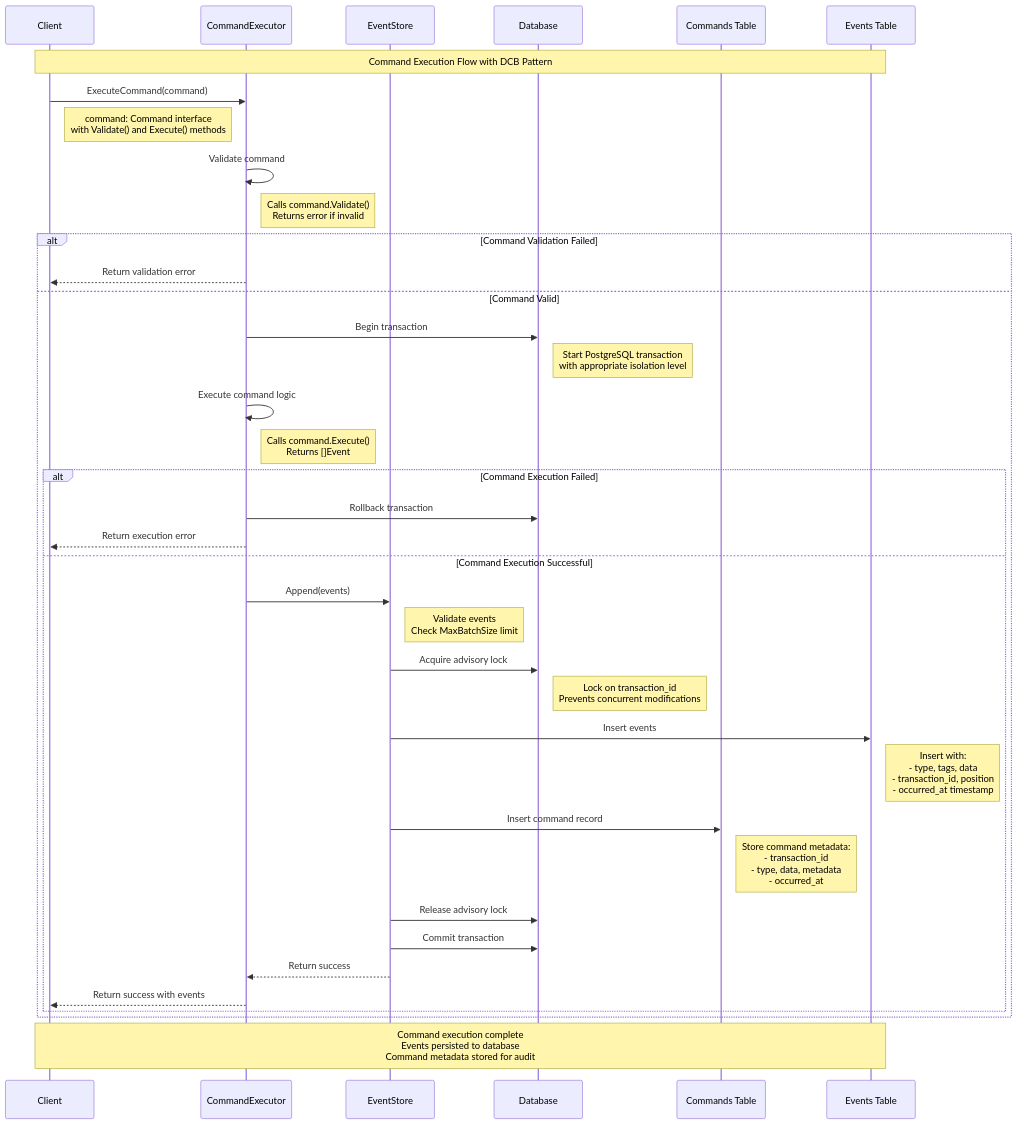
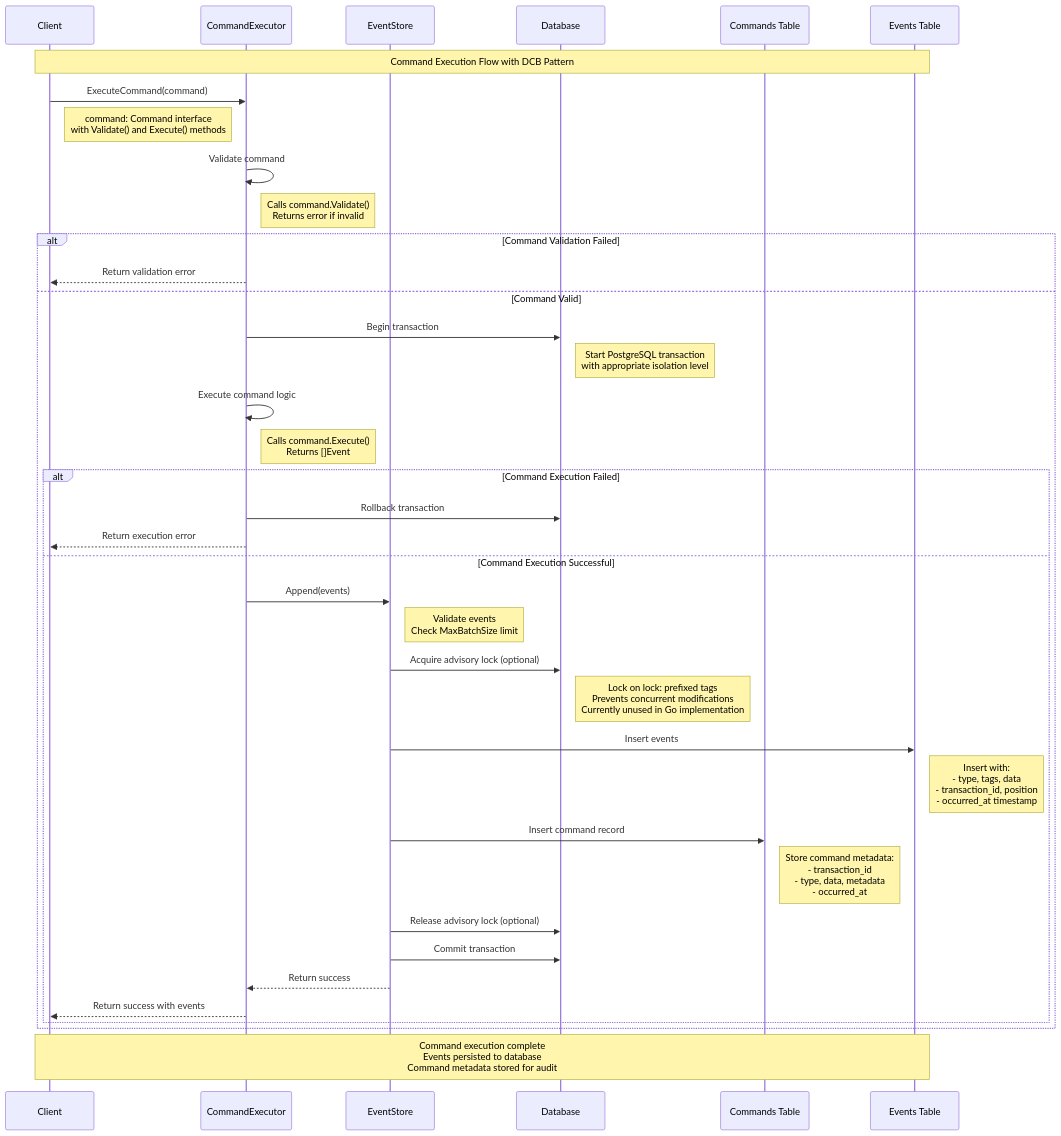
Before and after one commit to rodolfodpk/go-crablet: the diagram in docs/command-execution-flow.md, drawn with Mermaid. The commit also changed other lines of this file and 4 other files, not shown here.

First line of the commit message:
docs: clarify optimistic locking as primary mechanism and advisory locks as optional

````diff
--- a/docs/command-execution-flow.md
+++ b/docs/command-execution-flow.md
@@ -7,52 +7,52 @@
 ```mermaid
 sequenceDiagram
     participant Client
     participant CommandExecutor
     participant EventStore
     participant Database
     participant Commands Table
     participant Events Table
 
     Note over Client, Events Table: Command Execution Flow with DCB Pattern
 
     Client->>CommandExecutor: ExecuteCommand(command)
     Note right of Client: command: Command interface<br/>with Validate() and Execute() methods
 
     CommandExecutor->>CommandExecutor: Validate command
     Note right of CommandExecutor: Calls command.Validate()<br/>Returns error if invalid
 
     alt Command Validation Failed
         CommandExecutor-->>Client: Return validation error
     else Command Valid
         CommandExecutor->>Database: Begin transaction
         Note right of Database: Start PostgreSQL transaction<br/>with appropriate isolation level
 
         CommandExecutor->>CommandExecutor: Execute command logic
         Note right of CommandExecutor: Calls command.Execute()<br/>Returns []Event
 
         alt Command Execution Failed
             CommandExecutor->>Database: Rollback transaction
             CommandExecutor-->>Client: Return execution error
         else Command Execution Successful
             CommandExecutor->>EventStore: Append(events)
             Note right of EventStore: Validate events<br/>Check MaxBatchSize limit
 
-            EventStore->>Database: Acquire advisory lock
-            Note right of Database: Lock on transaction_id<br/>Prevents concurrent modifications
+            EventStore->>Database: Acquire advisory lock (optional)
+            Note right of Database: Lock on lock: prefixed tags<br/>Prevents concurrent modifications<br/>Currently unused in Go implementation
 
             EventStore->>Events Table: Insert events
             Note right of Events Table: Insert with:<br/>- type, tags, data<br/>- transaction_id, position<br/>- occurred_at timestamp
 
             EventStore->>Commands Table: Insert command record
             Note right of Commands Table: Store command metadata:<br/>- transaction_id<br/>- type, data, metadata<br/>- occurred_at
 
-            EventStore->>Database: Release advisory lock
+            EventStore->>Database: Release advisory lock (optional)
             EventStore->>Database: Commit transaction
             EventStore-->>CommandExecutor: Return success
 
             CommandExecutor-->>Client: Return success with events
         end
     end
 
     Note over Client, Events Table: Command execution complete<br/>Events persisted to database<br/>Command metadata stored for audit
 ```
````
